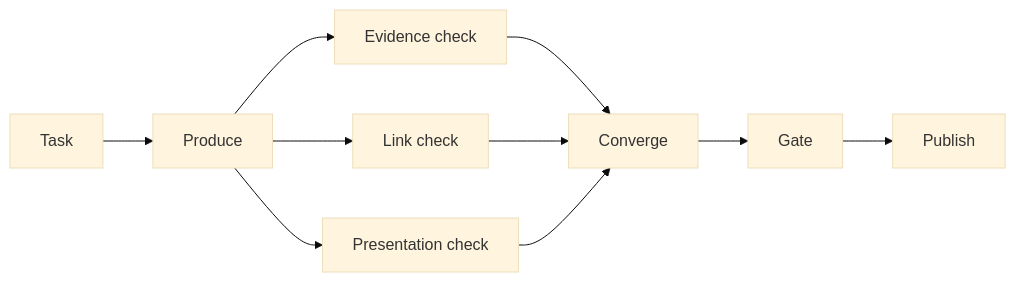
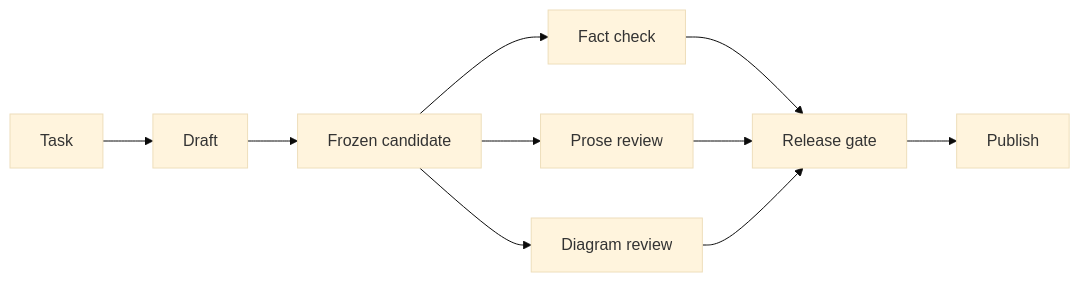
Before and after one commit to Herbertcuba/herbertcuba-personal-blog: the fourth of 4 diagrams in src/drafts/df3f4646.md, drawn with Mermaid (base theme). The commit also changed other lines of this file, not shown here.

Commit message:
draft(t_3af0b546): Use a Pipeline Until the Work Proves It Needs a Graph

````diff
--- a/src/drafts/df3f4646.md
+++ b/src/drafts/df3f4646.md
@@ -81,11 +102,11 @@
 ```mermaid
 flowchart LR
-  H1[Task] --> H2[Produce]
-  H2 --> H3[Evidence check]
-  H2 --> H4[Link check]
-  H2 --> H5[Presentation check]
-  H3 --> H6[Converge]
-  H4 --> H6
-  H5 --> H6
-  H6 --> H7[Gate] --> H8[Publish]
+    T[Task] --> D[Draft] --> S[Frozen candidate]
+    S --> F[Fact check]
+    S --> P[Prose review]
+    S --> V[Diagram review]
+    F --> G[Release gate]
+    P --> G
+    V --> G
+    G --> U[Publish]
 ```
````
